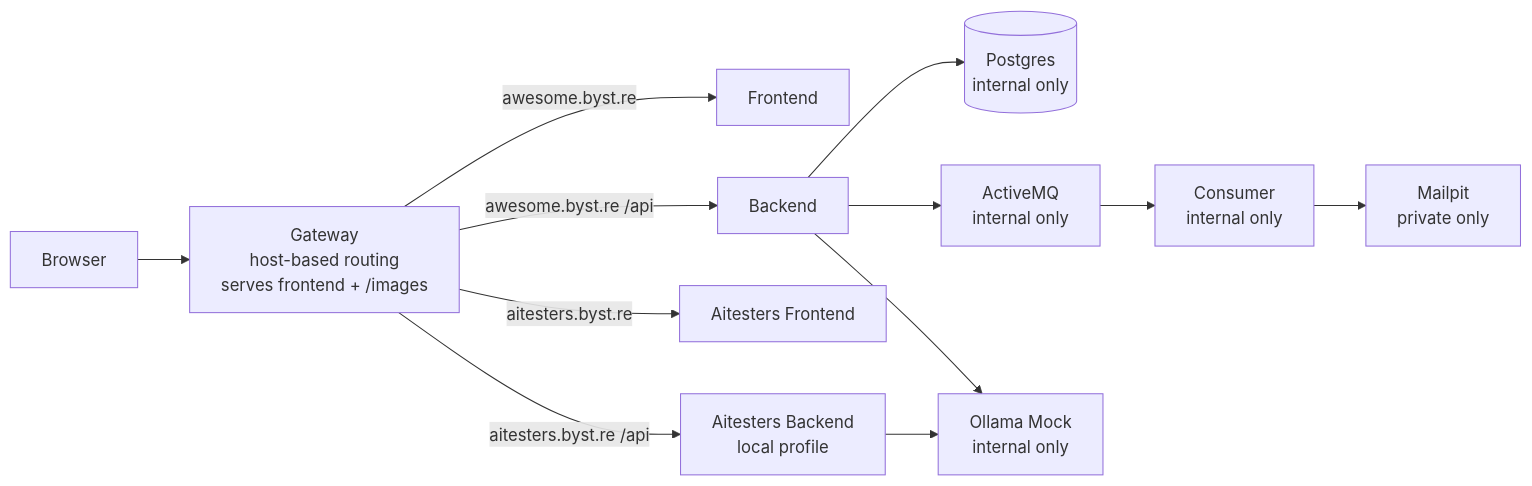
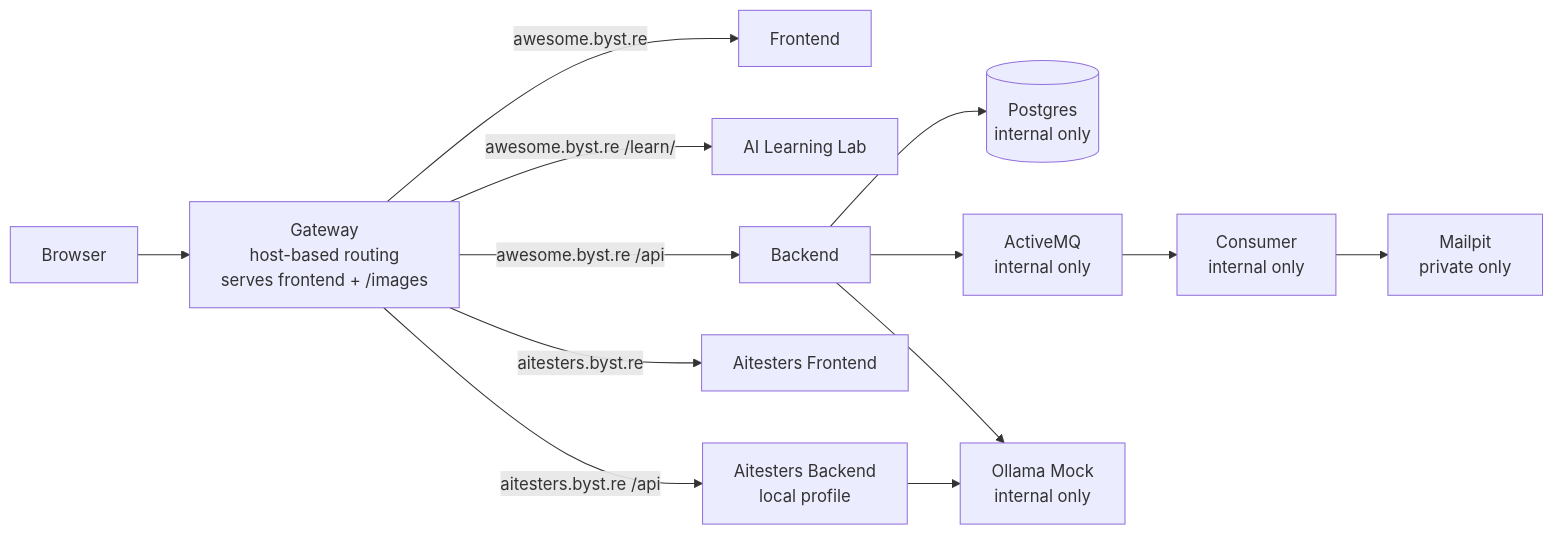
One commit to slawekradzyminski/awesome-localstack changed the third of 3 diagrams in README.md. Above: the diagram before and after it, drawn with Mermaid. The commit also changed other lines of this file and 27 other files, not shown here.

First line of the commit message:
Integrate standalone AI Learning Lab release (#16)

````diff
--- a/README.md
+++ b/README.md
@@ -349,26 +392,28 @@
 ```mermaid
 flowchart LR
     U[Browser]
     G[Gateway<br/>host-based routing<br/>serves frontend + /images]
     F[Frontend]
+    L[AI Learning Lab]
     B[Backend]
     AF[Aitesters Frontend]
     AB[Aitesters Backend<br/>local profile]
     DB[(Postgres<br/>internal only)]
     MQ[ActiveMQ<br/>internal only]
     C[Consumer<br/>internal only]
     M[Mailpit<br/>private only]
     O[Ollama Mock<br/>internal only]
 
     U --> G
     G -->|awesome.byst.re| F
+    G -->|awesome.byst.re /learn/| L
     G -->|awesome.byst.re /api| B
     G -->|aitesters.byst.re| AF
     G -->|aitesters.byst.re /api| AB
     B --> DB
     B --> MQ
     MQ --> C
     C --> M
     B --> O
     AB --> O
 ```
````
